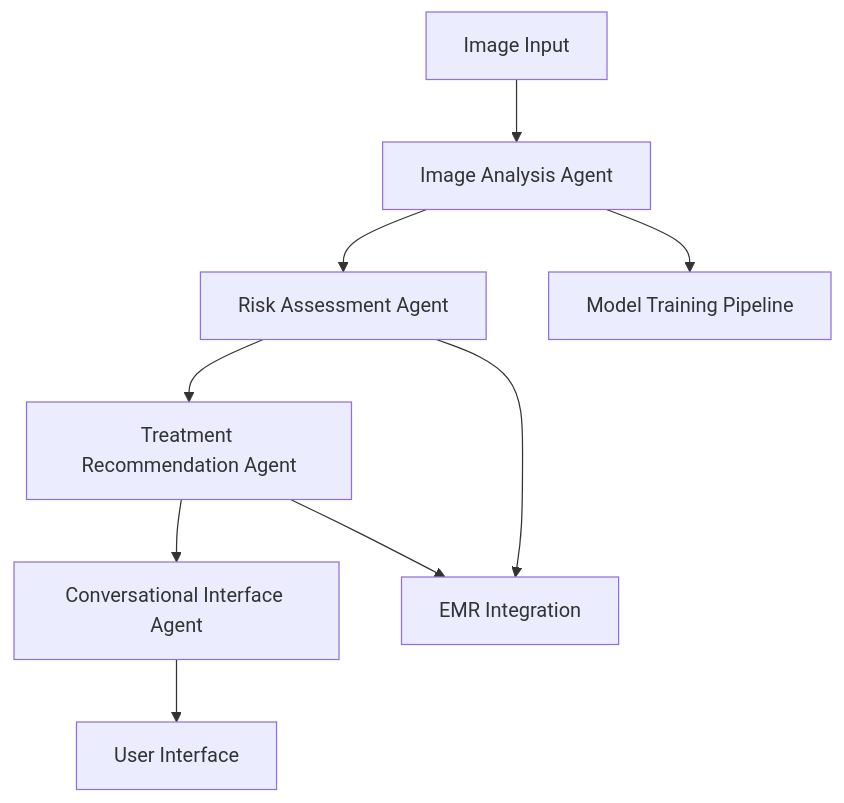
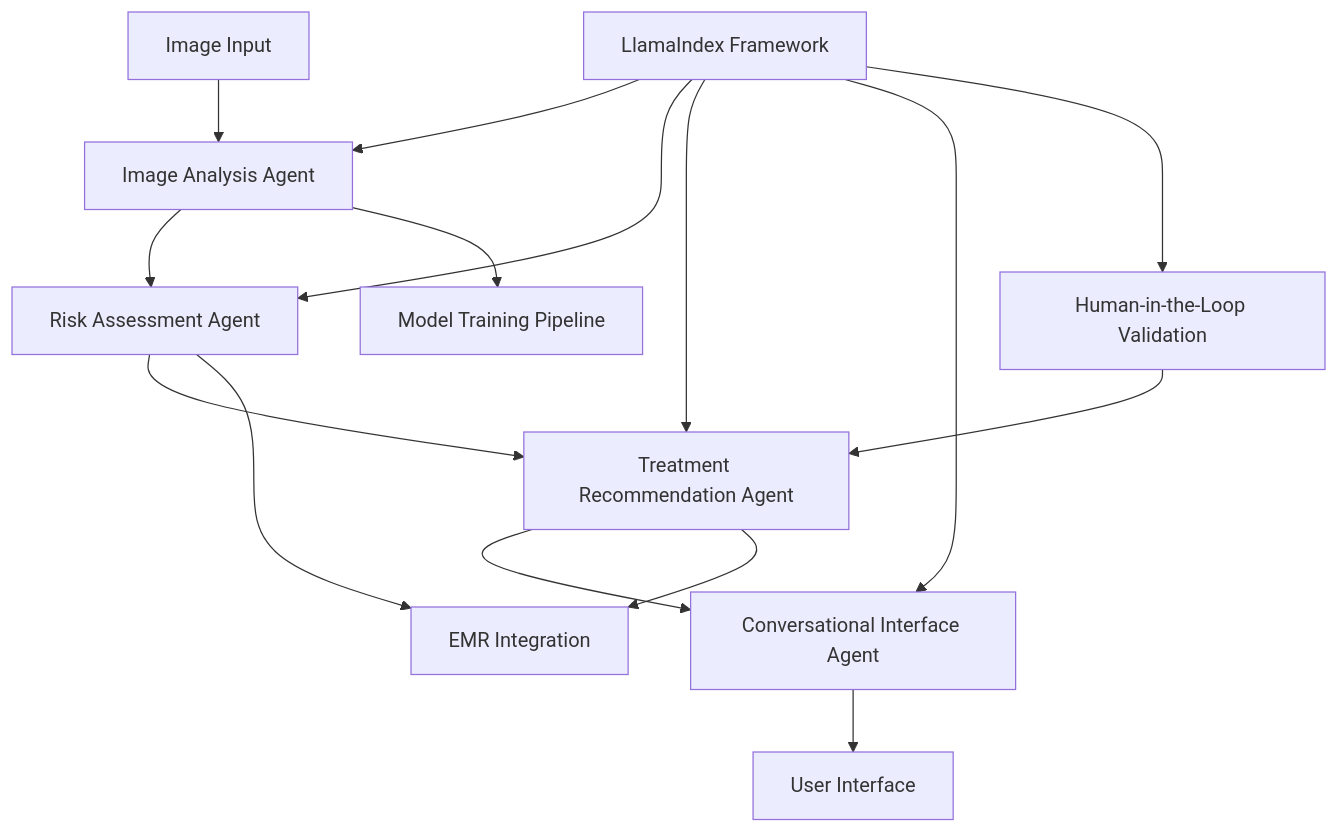
Before and after one commit to AutonomosCdM/lesiones_presion: the first of 3 diagrams in memory-bank/systemPatterns.md, drawn with Mermaid. The commit also changed other lines of this file and 16 other files, not shown here.

````diff
--- a/memory-bank/systemPatterns.md
+++ b/memory-bank/systemPatterns.md
@@ -5,11 +5,18 @@
 ```mermaid
 graph TD
     A[Image Input] --> B[Image Analysis Agent]
     B --> C[Risk Assessment Agent]
     C --> D[Treatment Recommendation Agent]
     D --> E[Conversational Interface Agent]
     E --> F[User Interface]
     C --> G[EMR Integration]
     D --> G
     B --> H[Model Training Pipeline]
+    
+    I[LlamaIndex Framework] --> B
+    I --> C
+    I --> D
+    I --> E
+    I --> J[Human-in-the-Loop Validation]
+    J --> D
 ```
````
